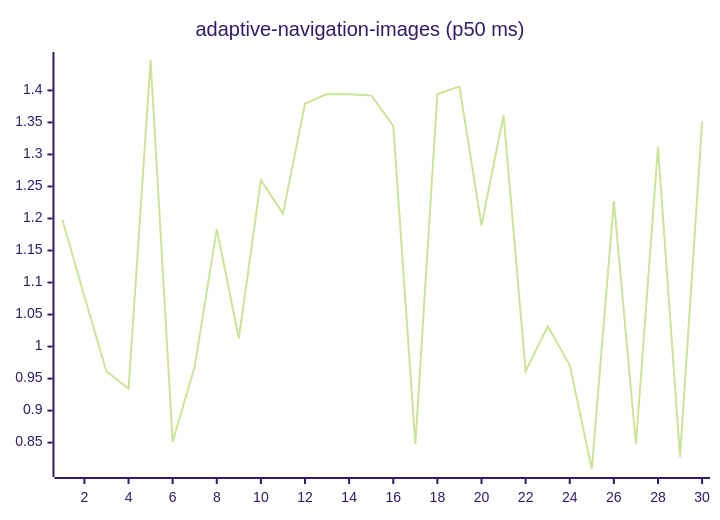
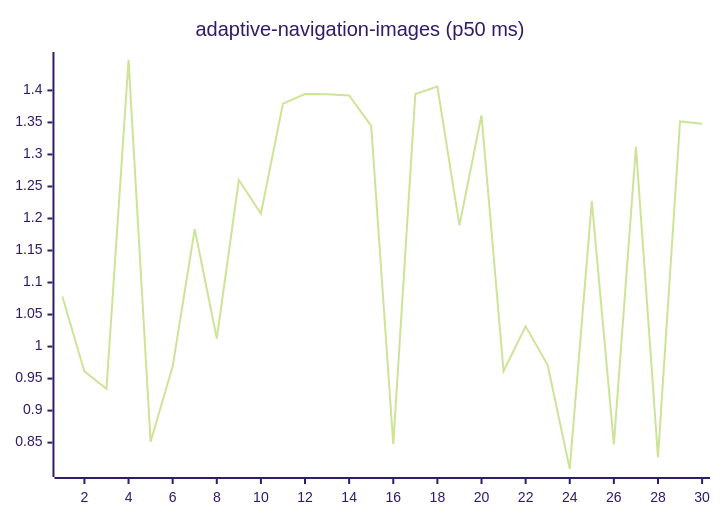
Before and after one commit to josha/Facet: the first of 27 diagrams in README.md, drawn with Mermaid (forest theme). The commit also changed other lines of this file and 2 other files, not shown here.

````diff
--- a/README.md
+++ b/README.md
@@ -63,6 +63,6 @@
 ```mermaid
 xychart-beta
     title "adaptive-navigation-images (p50 ms)"
     x-axis 1 --> 30
-    line [1.1983, 1.0783, 0.9612, 0.9339, 1.4475, 0.8514, 0.9690, 1.1835, 1.0125, 1.2600, 1.2076, 1.3793, 1.3944, 1.3942, 1.3921, 1.3447, 0.8475, 1.3944, 1.4060, 1.1893, 1.3612, 0.9615, 1.0317, 0.9711, 0.8088, 1.2271, 0.8473, 1.3121, 0.8274, 1.3515]
+    line [1.0783, 0.9612, 0.9339, 1.4475, 0.8514, 0.9690, 1.1835, 1.0125, 1.2600, 1.2076, 1.3793, 1.3944, 1.3942, 1.3921, 1.3447, 0.8475, 1.3944, 1.4060, 1.1893, 1.3612, 0.9615, 1.0317, 0.9711, 0.8088, 1.2271, 0.8473, 1.3121, 0.8274, 1.3515, 1.3479]
 ```
````
